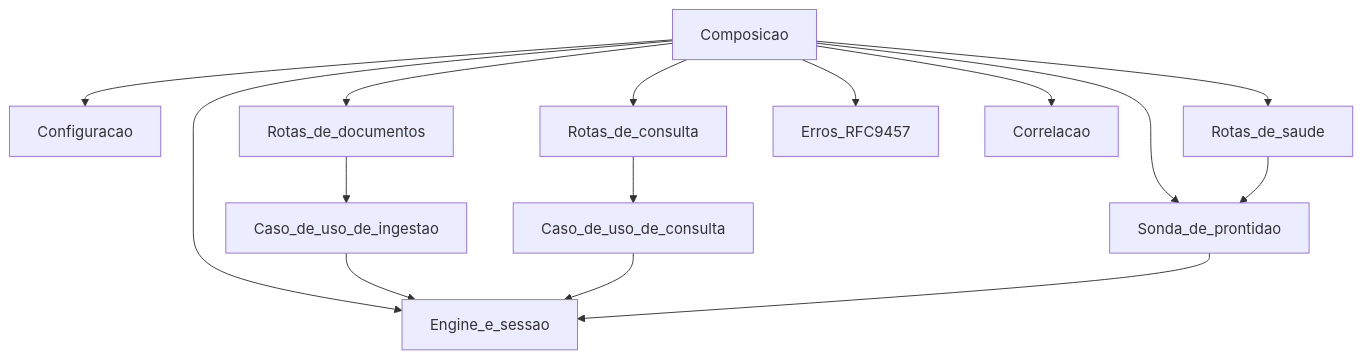
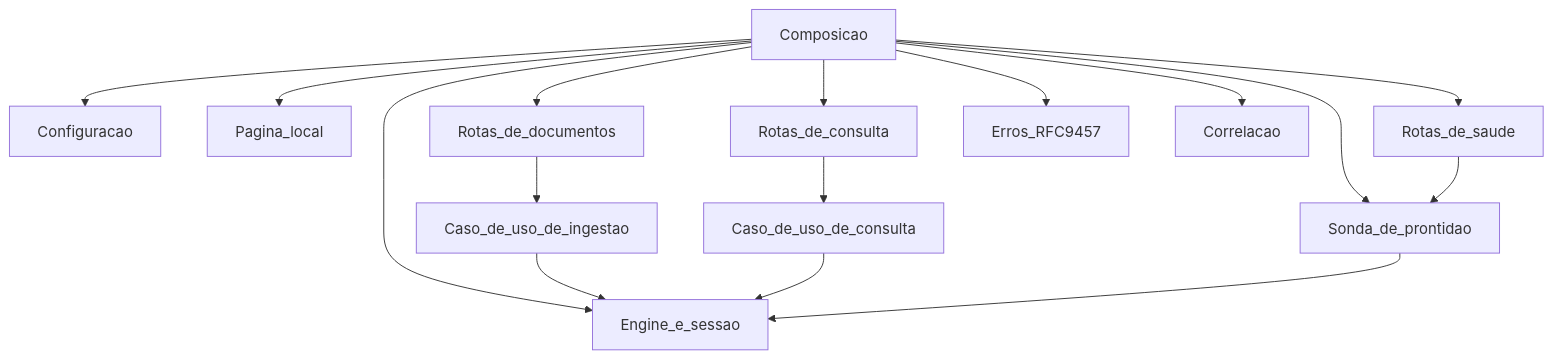
The third of 3 diagrams in docs/architecture/c4.md (ricartefelipe/nexo-ai-knowledge), drawn with Mermaid before and after one commit. The commit also changed other lines of this file and 6 other files, not shown here.

Commit message:
docs: describe the local interface

````diff
--- a/docs/architecture/c4.md
+++ b/docs/architecture/c4.md
@@ -37,28 +37,30 @@
 ```mermaid
 flowchart TB
   main[Composicao]
   config[Configuracao]
+  interface[Pagina_local]
   health[Rotas_de_saude]
   documents[Rotas_de_documentos]
   queries[Rotas_de_consulta]
   ingest[Caso_de_uso_de_ingestao]
   retrieve[Caso_de_uso_de_consulta]
   errors[Erros_RFC9457]
   correlation[Correlacao]
   database[Engine_e_sessao]
   probe[Sonda_de_prontidao]
   main --> config
+  main --> interface
   main --> health
   main --> documents
   main --> queries
   main --> errors
   main --> correlation
   main --> database
   main --> probe
   documents --> ingest
   queries --> retrieve
   ingest --> database
   retrieve --> database
   health --> probe
   probe --> database
 ```
````
